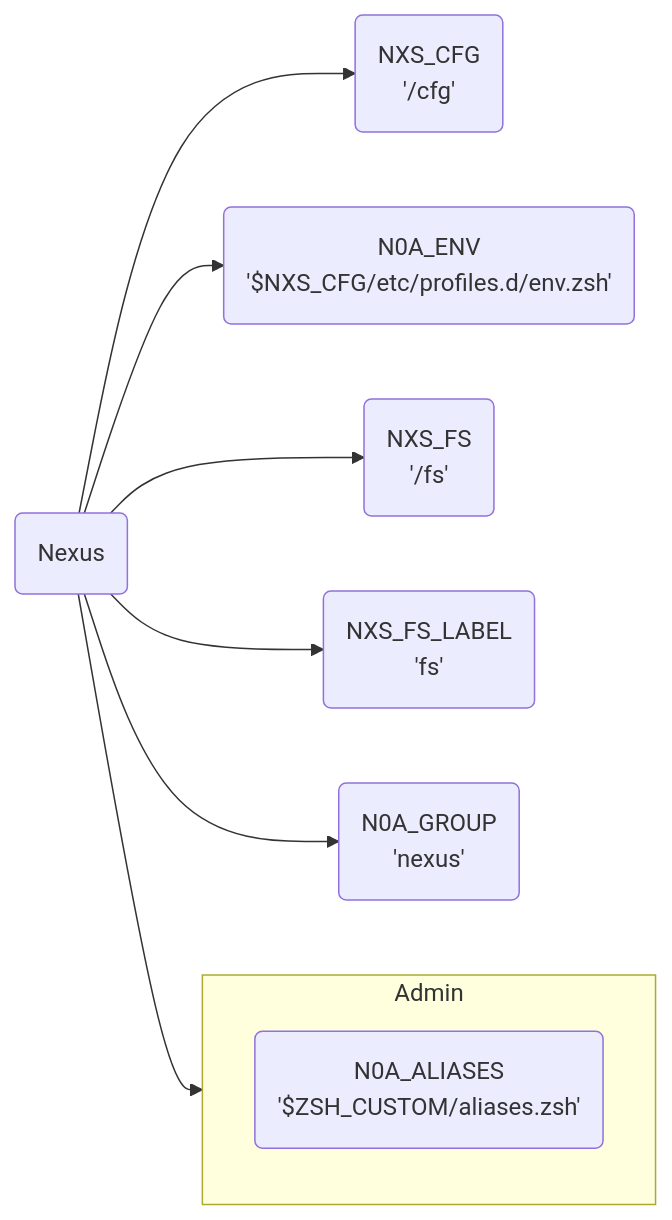
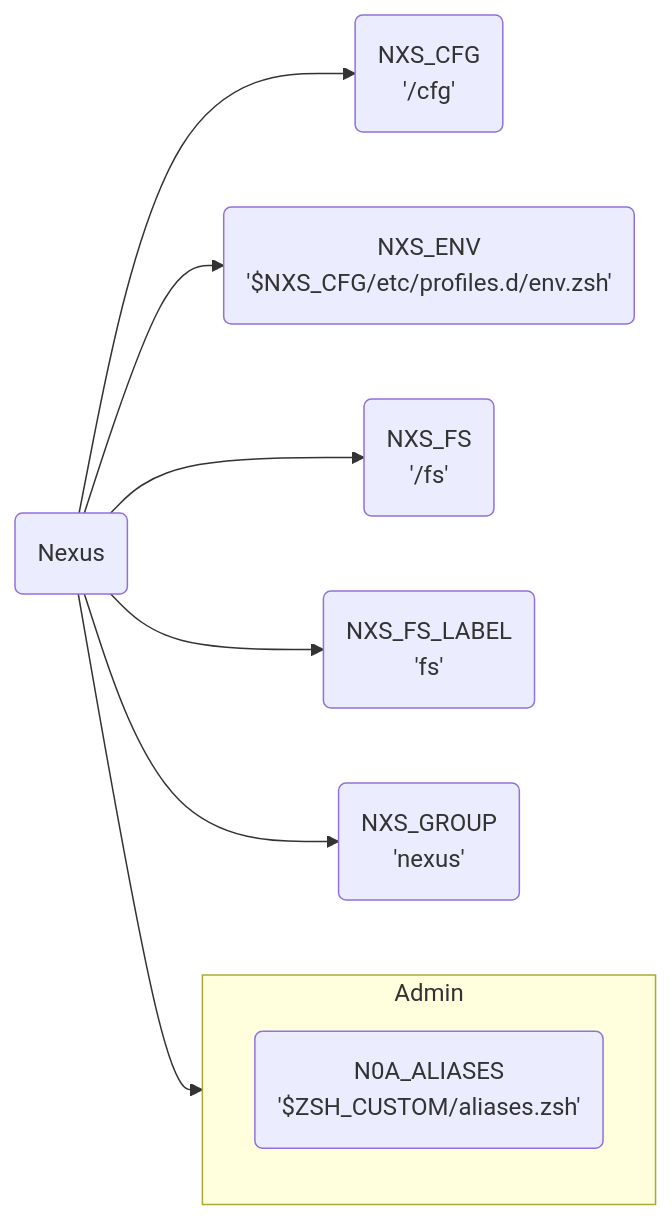
One commit to agenkit/GHost changed the diagram in setup/basic.md. Above: the diagram before and after it, drawn with Mermaid.

````diff
--- a/setup/basic.md
+++ b/setup/basic.md
@@ -35,17 +35,17 @@
 ```mermaid
 graph LR
    n("Nexus")
    a("Admin")
    cfg("NXS_CFG<br>'/cfg'")
-   env("N0A_ENV<br>'$NXS_CFG/etc/profiles.d/env.zsh'")
+   env("NXS_ENV<br>'$NXS_CFG/etc/profiles.d/env.zsh'")
    fs("NXS_FS<br>'/fs'")
    fsl("NXS_FS_LABEL<br>'fs'")
-   grp("N0A_GROUP<br>'nexus'")
+   grp("NXS_GROUP<br>'nexus'")
    as("N0A_ALIASES<br>'$ZSH_CUSTOM/aliases.zsh'")
 
    n --> cfg & env & fs & fsl & grp
    n --> a
    subgraph a["Admin"]
       as
    end
 ```
````
